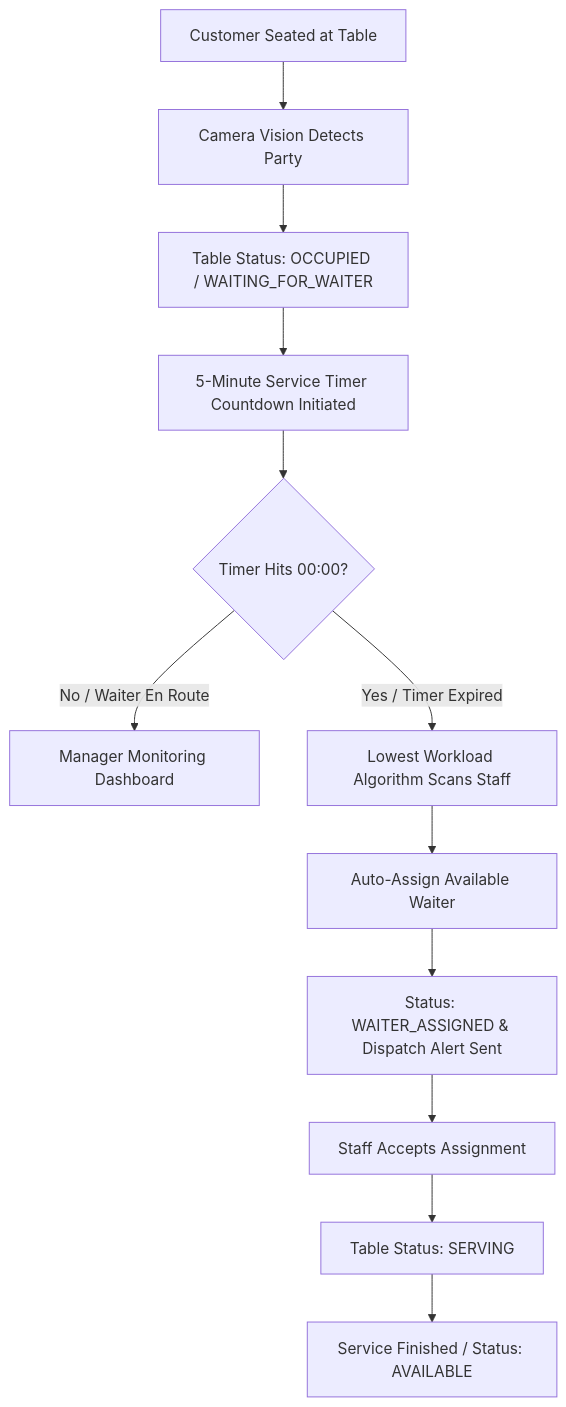
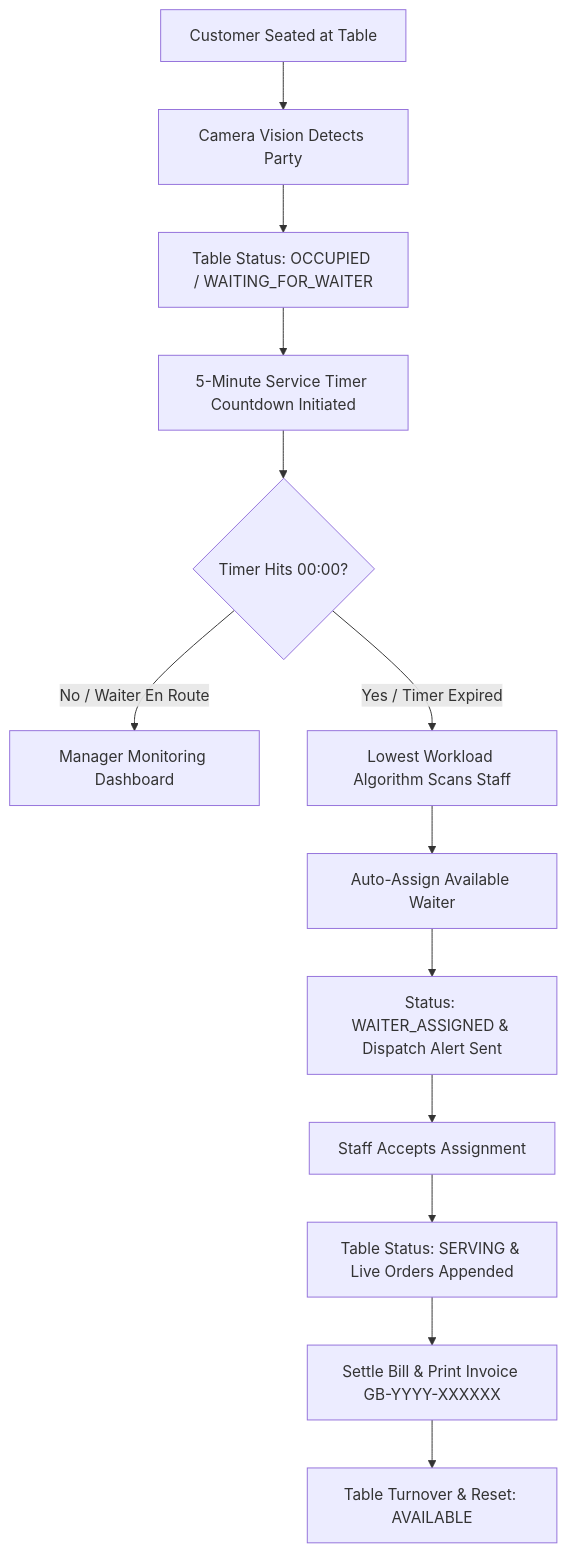
The diagram in README.md (CodewithShahriar/DineSight-Ai), drawn with Mermaid before and after one commit. The commit also changed other lines of this file and 4 other files, not shown here.

````diff
--- a/README.md
+++ b/README.md
@@ -137,14 +182,15 @@
 ```mermaid
 flowchart TD
     A[Customer Seated at Table] --> B[Camera Vision Detects Party]
     B --> C[Table Status: OCCUPIED / WAITING_FOR_WAITER]
     C --> D[5-Minute Service Timer Countdown Initiated]
     D --> E{Timer Hits 00:00?}
     E -->|No / Waiter En Route| F[Manager Monitoring Dashboard]
     E -->|Yes / Timer Expired| G[Lowest Workload Algorithm Scans Staff]
     G --> H[Auto-Assign Available Waiter]
     H --> I[Status: WAITER_ASSIGNED & Dispatch Alert Sent]
     I --> J[Staff Accepts Assignment]
-    J --> K[Table Status: SERVING]
-    K --> L[Service Finished / Status: AVAILABLE]
+    J --> K[Table Status: SERVING & Live Orders Appended]
+    K --> L[Settle Bill & Print Invoice GB-YYYY-XXXXXX]
+    L --> M[Table Turnover & Reset: AVAILABLE]
 ```
````
